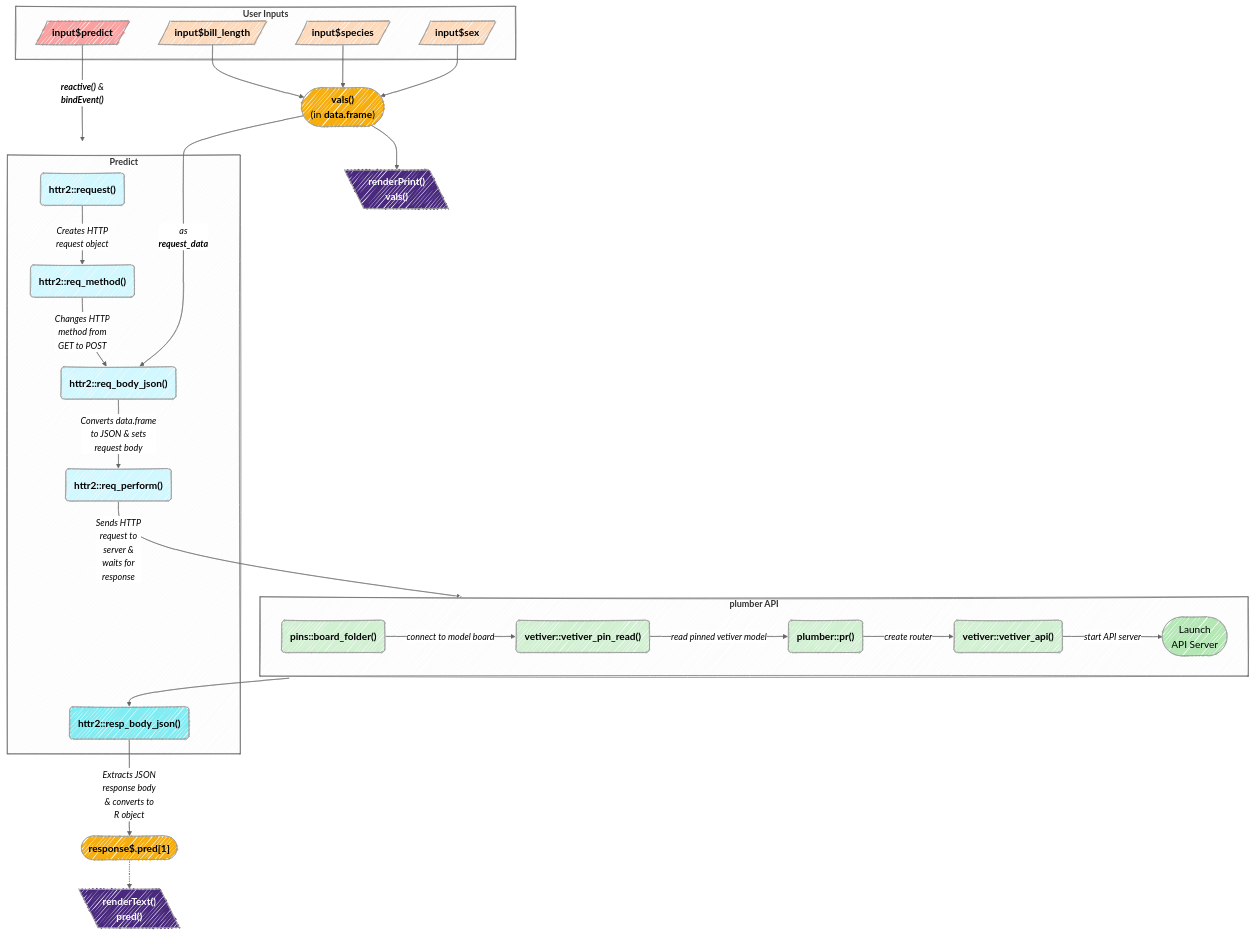
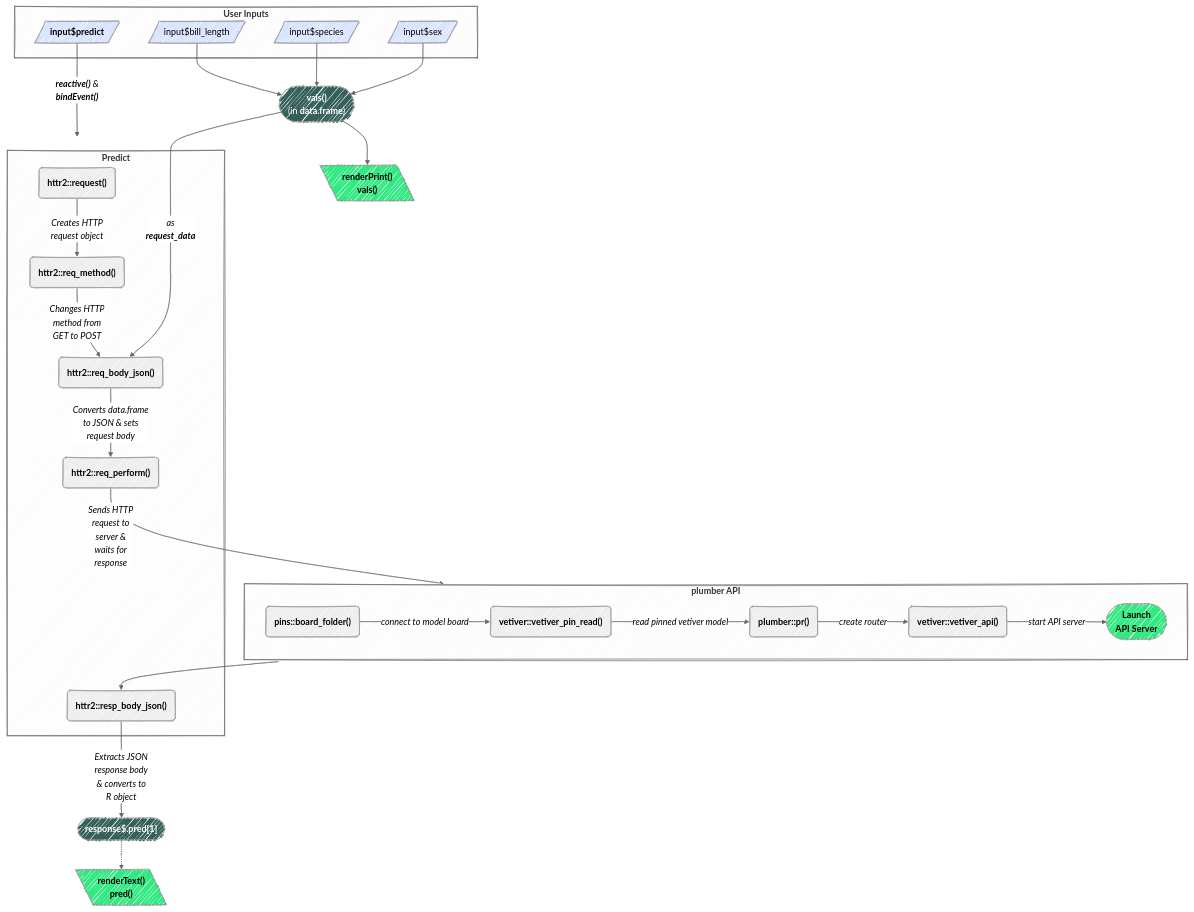
One commit to mjfrigaard/do4ds-labs changed the first of 3 diagrams in app-log-r.qmd. Above: the diagram before and after it, drawn with Mermaid. The commit also changed other lines of this file and 18 other files, not shown here.

````diff
--- a/app-log-r.qmd
+++ b/app-log-r.qmd
@@ -41,81 +41,64 @@
 ```{mermaid}
 %%| fig-cap: 'Shiny R App and plumber API'
 %%| fig-align: center
 %%{init: {'theme': 'neutral', 'look': 'handDrawn', 'themeVariables': { 'fontFamily': 'monospace'}}}%%
 
 graph TD
     subgraph Inputs["<strong>User Inputs</strong>"]
-    I1[/"<strong>input$bill_length</strong>"/]
-    I2[/"<strong>input$species</strong>"/]
-    I3[/"<strong>input$sex</strong>"/]
+    I1[/"input$bill_length"/]
+    I2[/"input$species"/]
+    I3[/"input$sex"/]
     I4[/"<strong>input$predict</strong>"/]
     end
-    
-    %% Style for inputs %%
-    style I1 fill:#fdd9bb,color:#000,font-size:18px
-    style I2 fill:#fdd9bb,color:#000,font-size:18px
-    style I3 fill:#fdd9bb,color:#000,font-size:18px
-    style I4 fill:#f9a0a0,color:#000,font-size:18px
-    
 
     subgraph API["<strong>plumber API</strong>"]
       ModBoard("<strong>pins::board_folder()</strong>")
       ModPin("<strong>vetiver::vetiver_pin_read()</strong>")
       ModRout("<strong>plumber::pr()</strong>") 
       ModApi("<strong>vetiver::vetiver_api()</strong>") 
-      ApiServ(["Launch<br>API Server"])
+      ApiServ(["<strong>Launch<br>API Server</strong>"])
       ModBoard --"<em>connect to model board</em>"--> ModPin 
       ModPin --"<em>read pinned vetiver model</em>"--> ModRout 
       ModRout --"<em>create router</em>"--> ModApi 
       ModApi --"<em>start API server</em>"--> ApiServ
     end
-
-    %% Style for API %%
-    style ModBoard fill:#d1f0d2,color:#000,font-size:18px
-    style ModPin fill:#d1f0d2,color:#000,font-size:18px
-    style ModRout fill:#d1f0d2,color:#000,font-size:18px
-    style ModApi fill:#d1f0d2,color:#000,font-size:18px
-    style ApiServ fill:#b3e7b4,font-size:18px
 
     subgraph Pred["<strong>Predict</strong>"]
         Req("<strong>httr2::request()</strong>") --"<em>Creates HTTP<br>request object</em>"--> Meth("<strong>httr2::req_method()</strong>")
         Meth --"<em>Changes HTTP<br>method from<br>GET to POST</em>"--> BodyJson1("<strong>httr2::req_body_json()</strong>")
         BodyJson1 --"<em>Converts data.frame<br>to JSON & sets<br>request body</em>"--> Perform("<strong>httr2::req_perform()</strong>")
         BodyJson2("<strong>httr2::resp_body_json()</strong>")
     end
 
-    %% Style for httr2 %%
-    style Req fill:#d1f7ff,color:#000,rx:20,ry:20,font-size:18px
-    style Meth fill:#d1f7ff,color:#000,rx:20,ry:20,font-size:18px
-    style BodyJson1 fill:#d1f7ff,color:#000,rx:20,ry:20,font-size:18px
-    style Perform fill:#d1f7ff,color:#000,rx:20,ry:20,font-size:18px
-    style BodyJson2 fill:#82ecf3,color:#000,rx:20,ry:20,font-size:18px
-
     Perform --"<em>Sends HTTP<br>request to<br>server &<br>waits for<br>response</em>"--> API 
     API --> BodyJson2
    
     Res(["<strong>response$.pred[1]</strong>"])
     ValsReact(["<strong>vals()</strong><br>(in <strong>data.frame</strong>)"])
-
-    %% Style for reactives %%
-    style Res fill:#f6ae0e,color:#000,font-size:18px
-    style ValsReact fill:#f6ae0e,color:#000,font-size:18px
-
     BodyJson2 --"<em>Extracts JSON<br>response body<br>& converts to<br>R object</em>"--> Res
     
     I1 --> ValsReact
     I2 --> ValsReact
     I3 --> ValsReact
     I4 --"<em><strong>reactive()</strong> & <br><strong>bindEvent()</strong></em>"---> Pred
     
     ValsReact --"<em>as<br><strong>request_data</strong></em>"--> BodyJson1
     
     ValsReact --> RenPrnt[\"<strong>renderPrint()</strong><br><strong>vals()</strong>"\]
     Res -.-> RenTxt[\"<strong>renderText()</strong><br><strong>pred()</strong>"\]
     
-    style RenTxt fill:#49297e,color:#fff,font-size:18px
-    style RenPrnt fill:#49297e,color:#fff,font-size:18px
+    %% Style for inputs %%
+    style I1 fill:#d8e4ff
+    style I2 fill:#d8e4ff
+    style I3 fill:#d8e4ff
+    style I4 fill:#d8e4ff
+    
+    style RenTxt fill:#31e981
+    style RenPrnt fill:#31e981
+    style ApiServ fill:#31e981
+    style Res fill:#35605a,color:#fff
+    style ValsReact fill:#35605a,color:#fff
 
 
     
 ```
````
